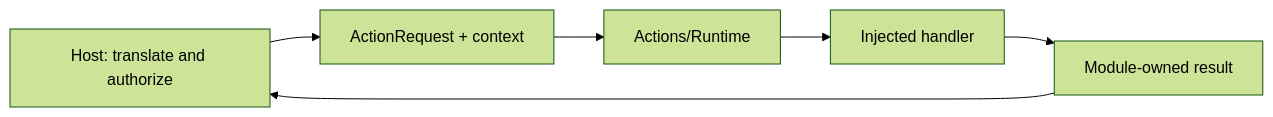
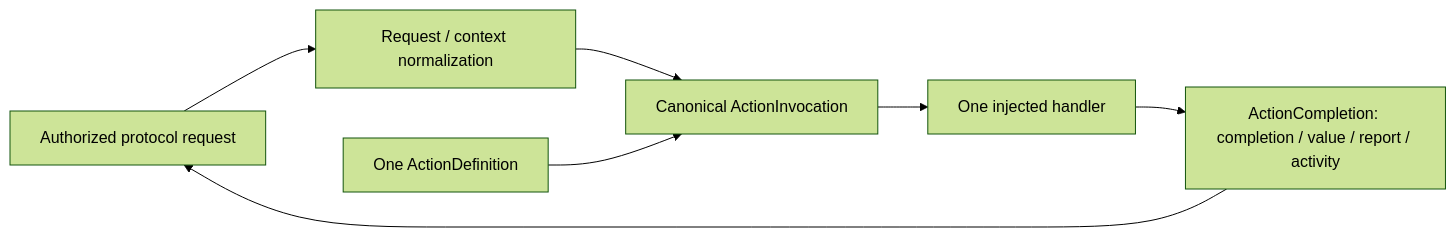
The diagram in MobileHarness/Actions/Runtime/Contracts/README.md (devilyouwei/MobileHarness), drawn with Mermaid (forest theme) before and after one commit. The commit also changed other lines of this file and 238 other files, not shown here.

````diff
--- a/MobileHarness/Actions/Runtime/Contracts/README.md
+++ b/MobileHarness/Actions/Runtime/Contracts/README.md
@@ -9,8 +9,9 @@
 ```mermaid
 flowchart LR
-    Host[Host: translate and authorize] --> Request[ActionRequest + context]
-    Request --> Runtime[Actions/Runtime]
-    Runtime --> Handler[Injected handler]
-    Handler --> Result[Module-owned result]
-    Result --> Host
+    Host[Authorized protocol request] --> Adapter[Request / context normalization]
+    Adapter --> Invocation[Canonical ActionInvocation]
+    Definition[One ActionDefinition] --> Invocation
+    Invocation --> Handler[One injected handler]
+    Handler --> Outcome[ActionCompletion: completion / value / report / activity]
+    Outcome --> Host
 ```
````
